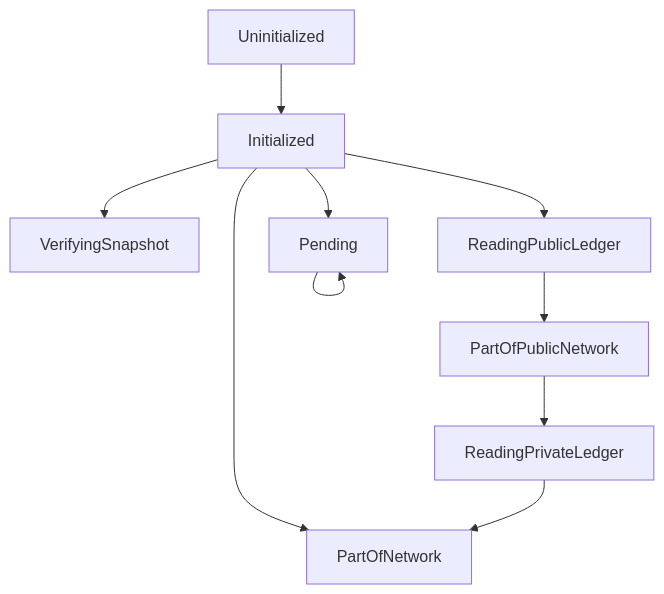
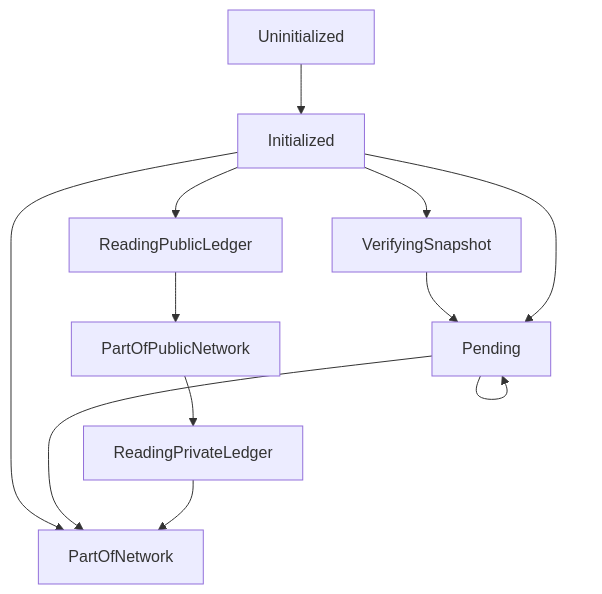
The diagram in doc/audit/node_state.rst (microsoft/CCF), drawn with Mermaid before and after one commit.

```diff
--- a/doc/audit/node_state.rst
+++ b/doc/audit/node_state.rst
@@ -4,12 +4,14 @@
 .. mermaid::
 
     graph TB;
         Uninitialized-->Initialized;
         Initialized-->PartOfNetwork;
         Initialized-->VerifyingSnapshot;
+        VerifyingSnapshot-->Pending;
         Initialized-->Pending;
         Pending-->Pending;
+        Pending-->PartOfNetwork;
         Initialized-->ReadingPublicLedger;
         ReadingPublicLedger-->PartOfPublicNetwork;
         PartOfPublicNetwork-->ReadingPrivateLedger;
         ReadingPrivateLedger-->PartOfNetwork;
```
